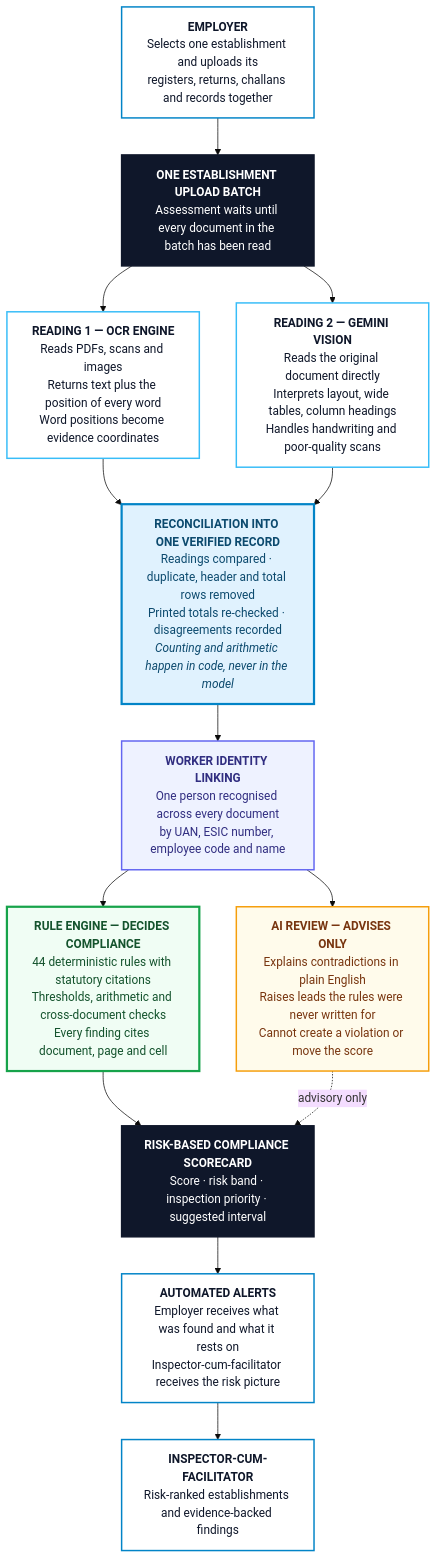
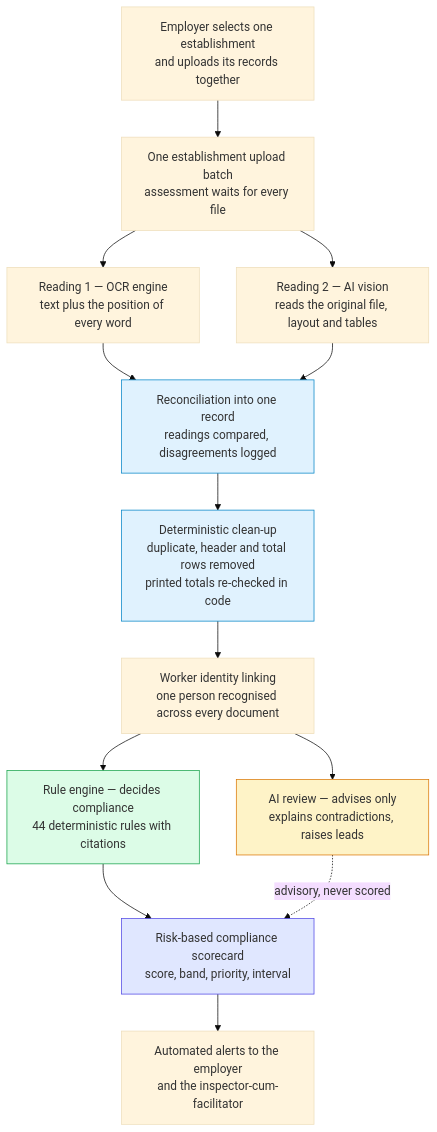
Before and after one commit to 23110572-hash/Shram-Drishti: the second of 5 diagrams in README.md, drawn with Mermaid (base theme). The commit also changed other lines of this file, not shown here.

Commit message:
Rewrite README with Mermaid diagrams and problem statement mapping

````diff
--- a/README.md
+++ b/README.md
@@ -90,47 +75,21 @@
 ```mermaid
 flowchart TB
-    EMP["<b>EMPLOYER</b><br/>Selects one establishment and uploads its<br/>registers, returns, challans and records together"]
+    A["Employer selects one establishment<br/>and uploads its records together"] --> B["One establishment upload batch<br/>assessment waits for every file"]
+    B --> C["Reading 1 — OCR engine<br/>text plus the position of every word"]
+    B --> D["Reading 2 — AI vision<br/>reads the original file, layout and tables"]
+    C --> E["Reconciliation into one record<br/>readings compared, disagreements logged"]
+    D --> E
+    E --> F["Deterministic clean-up<br/>duplicate, header and total rows removed<br/>printed totals re-checked in code"]
+    F --> G["Worker identity linking<br/>one person recognised across every document"]
+    G --> H["Rule engine — decides compliance<br/>44 deterministic rules with citations"]
+    G --> I["AI review — advises only<br/>explains contradictions, raises leads"]
+    H --> J["Risk-based compliance scorecard<br/>score, band, priority, interval"]
+    I -.->|advisory, never scored| J
+    J --> K["Automated alerts to the employer<br/>and the inspector-cum-facilitator"]
 
-    BATCH["<b>ONE ESTABLISHMENT UPLOAD BATCH</b><br/>Assessment waits until every document in the batch has been read"]
-
-    OCR["<b>READING 1 — OCR ENGINE</b><br/>Reads PDFs, scans and images<br/>Returns text plus the position of every word<br/>Word positions become evidence coordinates"]
-    GEM["<b>READING 2 — GEMINI VISION</b><br/>Reads the original document directly<br/>Interprets layout, wide tables, column headings<br/>Handles handwriting and poor-quality scans"]
-
-    RECON["<b>RECONCILIATION INTO ONE VERIFIED RECORD</b><br/>Readings compared · duplicate, header and total rows removed<br/>Printed totals re-checked · disagreements recorded<br/><i>Counting and arithmetic happen in code, never in the model</i>"]
-
-    LINK["<b>WORKER IDENTITY LINKING</b><br/>One person recognised across every document<br/>by UAN, ESIC number, employee code and name"]
-
-    RULES["<b>RULE ENGINE — DECIDES COMPLIANCE</b><br/>44 deterministic rules with statutory citations<br/>Thresholds, arithmetic and cross-document checks<br/>Every finding cites document, page and cell"]
-    AI["<b>AI REVIEW — ADVISES ONLY</b><br/>Explains contradictions in plain English<br/>Raises leads the rules were never written for<br/>Cannot create a violation or move the score"]
-
-    SCORE["<b>RISK-BASED COMPLIANCE SCORECARD</b><br/>Score · risk band · inspection priority · suggested interval"]
-
-    ALERT["<b>AUTOMATED ALERTS</b><br/>Employer receives what was found and what it rests on<br/>Inspector-cum-facilitator receives the risk picture"]
-
-    INSP["<b>INSPECTOR-CUM-FACILITATOR</b><br/>Risk-ranked establishments and evidence-backed findings"]
-
-    EMP --> BATCH
-    BATCH --> OCR
-    BATCH --> GEM
-    OCR --> RECON
-    GEM --> RECON
-    RECON --> LINK
-    LINK --> RULES
-    LINK --> AI
-    RULES --> SCORE
-    AI -.->|advisory only| SCORE
-    SCORE --> ALERT
-    ALERT --> INSP
-
-    style EMP fill:#ffffff,stroke:#0284c7,stroke-width:2px,color:#0f172a
-    style BATCH fill:#0f172a,stroke:#0f172a,stroke-width:2px,color:#ffffff
-    style OCR fill:#ffffff,stroke:#38bdf8,stroke-width:2px,color:#0f172a
-    style GEM fill:#ffffff,stroke:#38bdf8,stroke-width:2px,color:#0f172a
-    style RECON fill:#e0f2fe,stroke:#0284c7,stroke-width:3px,color:#0c4a6e
-    style LINK fill:#eef2ff,stroke:#6366f1,stroke-width:2px,color:#312e81
-    style RULES fill:#f0fdf4,stroke:#16a34a,stroke-width:3px,color:#14532d
-    style AI fill:#fffbeb,stroke:#f59e0b,stroke-width:2px,color:#78350f
-    style SCORE fill:#0f172a,stroke:#0f172a,stroke-width:2px,color:#ffffff
-    style ALERT fill:#ffffff,stroke:#0284c7,stroke-width:2px,color:#0f172a
-    style INSP fill:#ffffff,stroke:#0284c7,stroke-width:2px,color:#0f172a
+    style E fill:#e0f2fe,stroke:#0284c7
+    style F fill:#e0f2fe,stroke:#0284c7
+    style H fill:#dcfce7,stroke:#16a34a
+    style I fill:#fef3c7,stroke:#d97706
+    style J fill:#e0e7ff,stroke:#4f46e5
 ```
````
